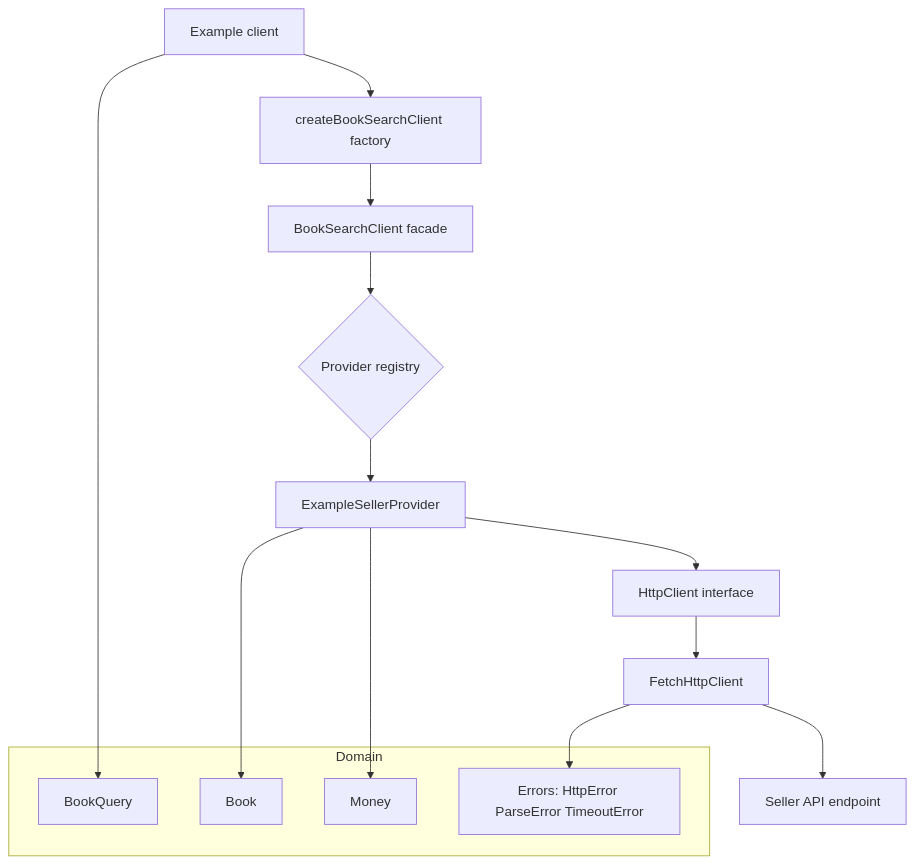
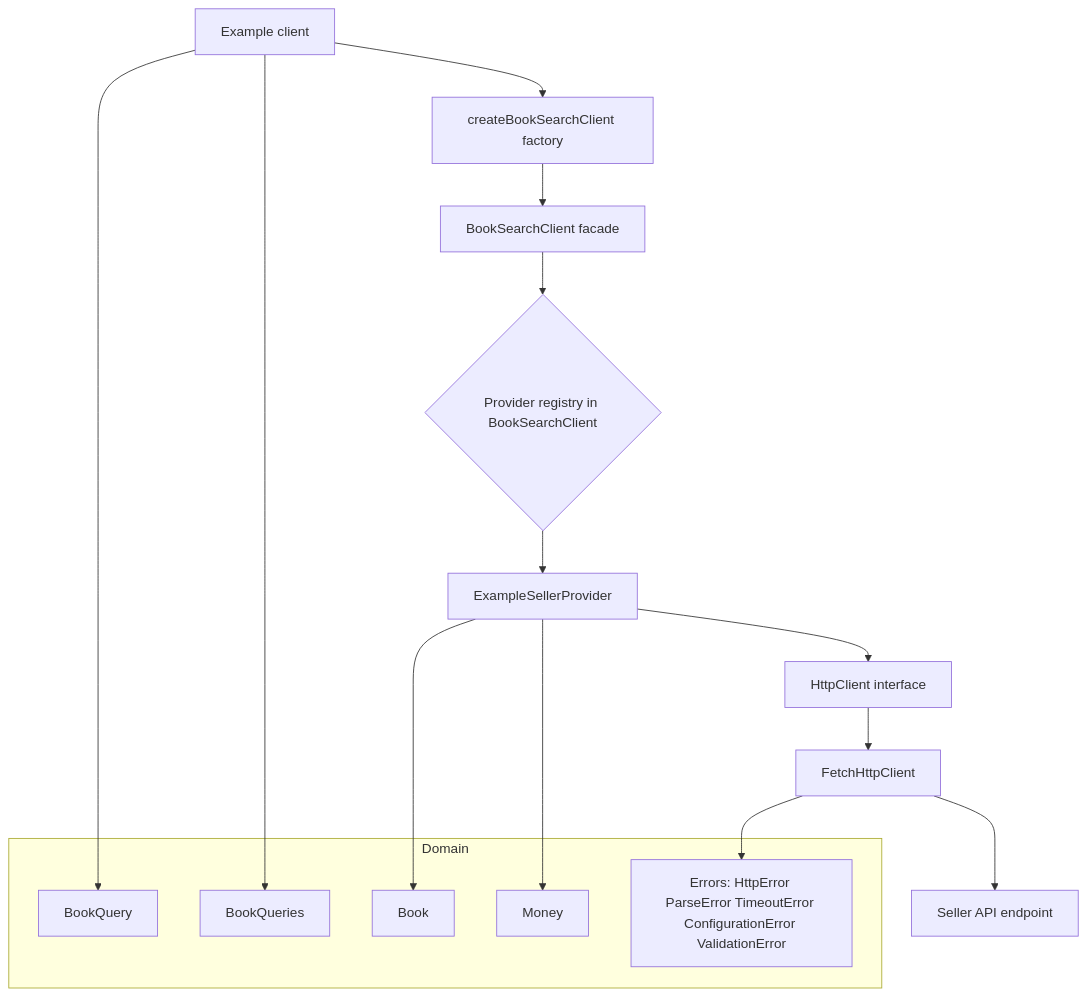
The first of 2 diagrams in README.md (robinucar/Javascript-Code-Test), drawn with Mermaid before and after one commit. The commit also changed other lines of this file, not shown here.

````diff
--- a/README.md
+++ b/README.md
@@ -181,22 +201,24 @@
 ```mermaid
 flowchart TD
   A[Example client] --> B[createBookSearchClient factory]
   B --> C[BookSearchClient facade]
-  C --> D{Provider registry}
+  C --> D{Provider registry in BookSearchClient}
   D --> E[ExampleSellerProvider]
   E --> F[HttpClient interface]
   F --> G[FetchHttpClient]
   G --> H[Seller API endpoint]
 
   subgraph Domain
     I[BookQuery]
+    M[BookQueries]
     J[Book]
     K[Money]
-    L[Errors: HttpError ParseError TimeoutError]
+    L[Errors: HttpError ParseError TimeoutError ConfigurationError ValidationError]
   end
 
   A --> I
+  A --> M
   E --> J
   E --> K
   G --> L
 ```
````
